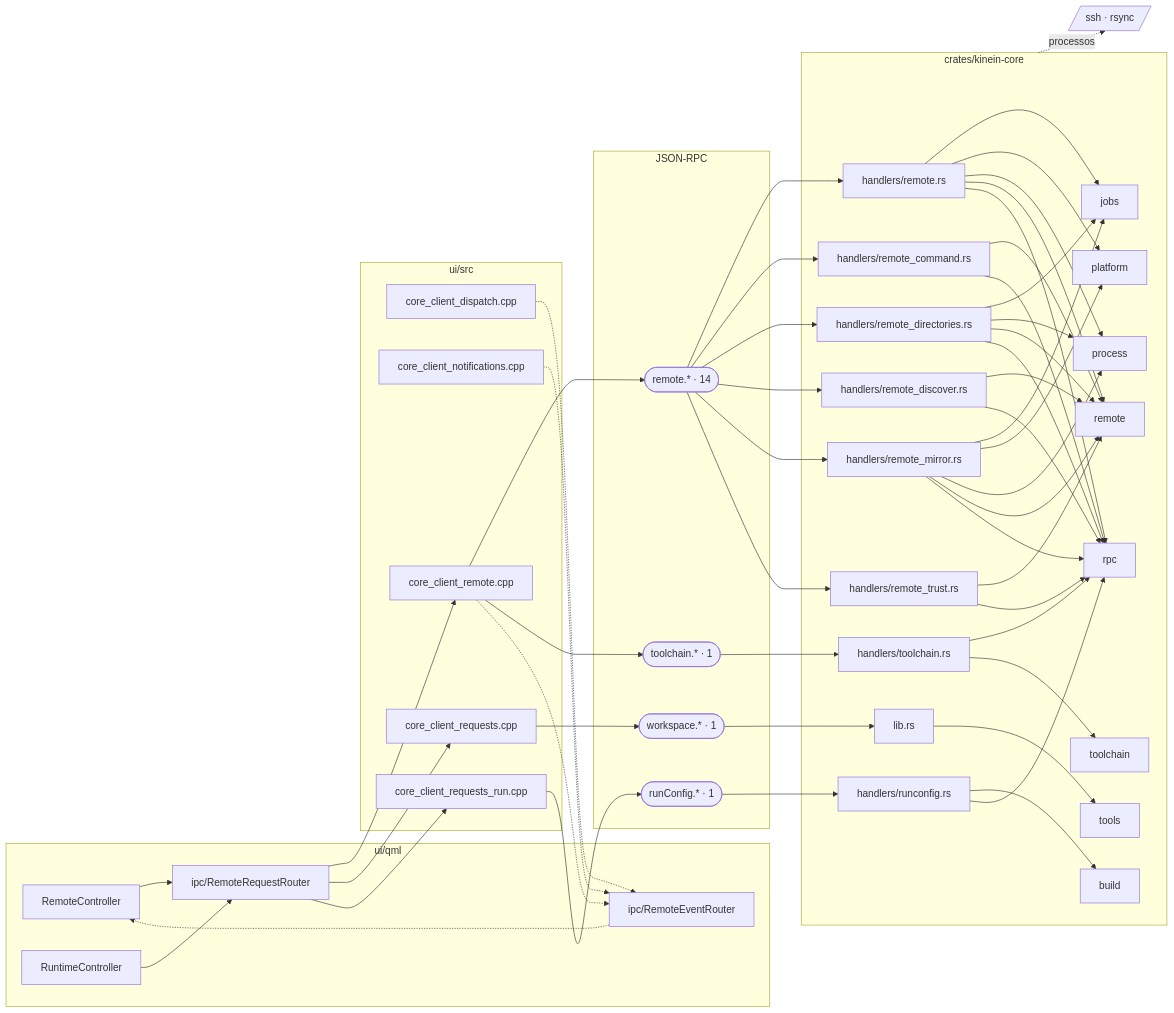
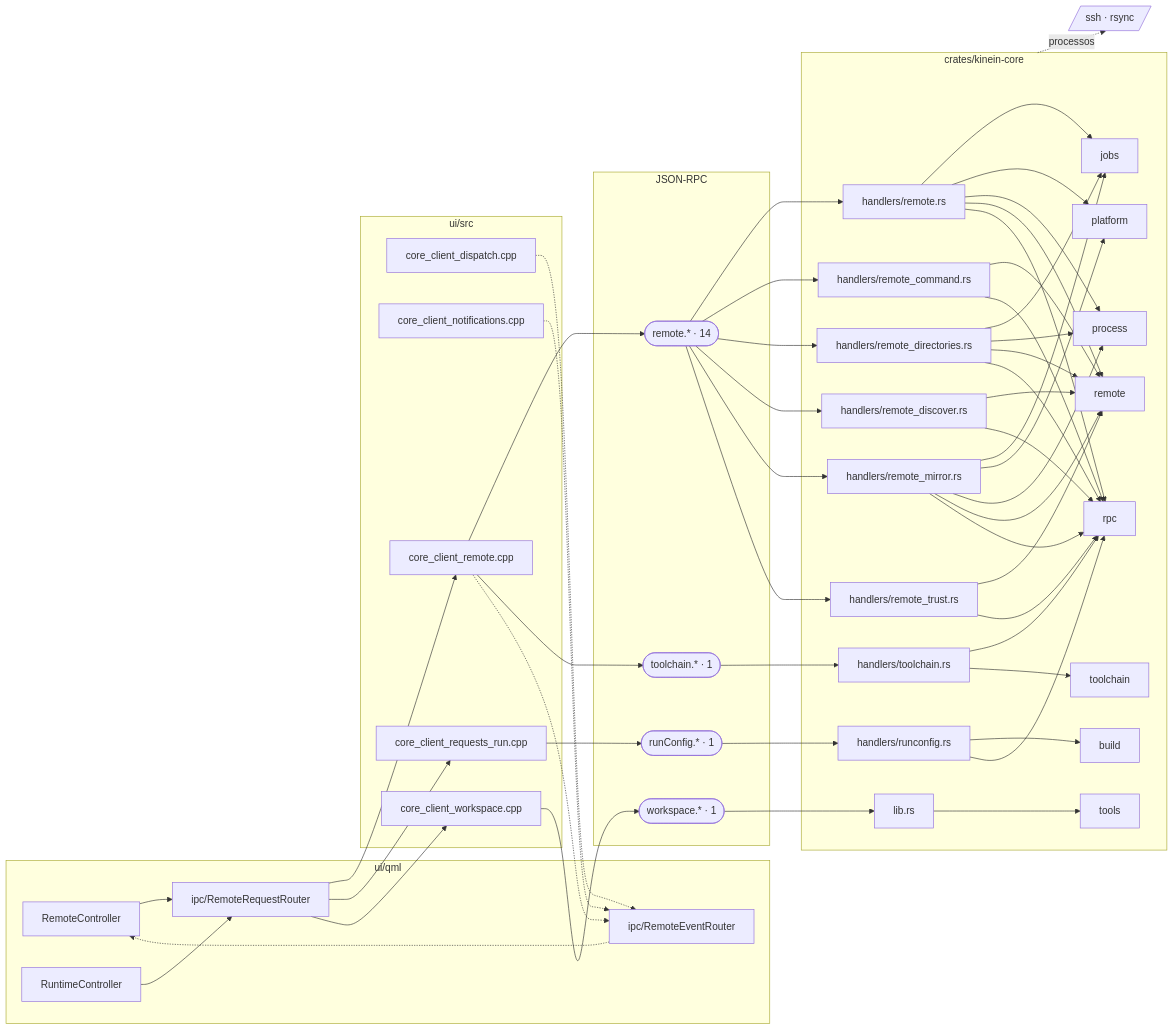
One commit to ViktorWalde/KineinVectis changed diagram 12 of 16 in DocsPublic/arquitetura/01-mapa-de-modulos.md. Above: the diagram before and after it, drawn with Mermaid. The commit also changed other lines of this file and 44 other files, not shown here.

```diff
--- a/DocsPublic/arquitetura/01-mapa-de-modulos.md
+++ b/DocsPublic/arquitetura/01-mapa-de-modulos.md
@@ -1172,8 +1181,8 @@
     n_ui_src_core_client_dispatch_cpp["core_client_dispatch.cpp"]
     n_ui_src_core_client_notifications_cpp["core_client_notifications.cpp"]
     n_ui_src_core_client_remote_cpp["core_client_remote.cpp"]
-    n_ui_src_core_client_requests_cpp["core_client_requests.cpp"]
     n_ui_src_core_client_requests_run_cpp["core_client_requests_run.cpp"]
+    n_ui_src_core_client_workspace_cpp["core_client_workspace.cpp"]
   end
   subgraph IPC["JSON-RPC"]
     n_ipc_remote(["remote.* · 14"])
@@ -1203,8 +1212,8 @@
   n_tools_remote[/"ssh · rsync"/]
   n_ui_qml_ipc_RemoteEventRouter_qml -.-> n_ui_qml_remote_RemoteController_qml
   n_ui_qml_ipc_RemoteRequestRouter_qml --> n_ui_src_core_client_remote_cpp
-  n_ui_qml_ipc_RemoteRequestRouter_qml --> n_ui_src_core_client_requests_cpp
   n_ui_qml_ipc_RemoteRequestRouter_qml --> n_ui_src_core_client_requests_run_cpp
+  n_ui_qml_ipc_RemoteRequestRouter_qml --> n_ui_src_core_client_workspace_cpp
   n_ui_qml_remote_RemoteController_qml --> n_ui_qml_ipc_RemoteRequestRouter_qml
   n_ui_qml_runtime_RuntimeController_qml --> n_ui_qml_ipc_RemoteRequestRouter_qml
   n_ui_src_core_client_dispatch_cpp -.-> n_ui_qml_ipc_RemoteEventRouter_qml
@@ -1212,8 +1221,8 @@
   n_ui_src_core_client_remote_cpp --> n_ipc_remote
   n_ui_src_core_client_remote_cpp --> n_ipc_toolchain
   n_ui_src_core_client_remote_cpp -.-> n_ui_qml_ipc_RemoteEventRouter_qml
-  n_ui_src_core_client_requests_cpp --> n_ipc_workspace
   n_ui_src_core_client_requests_run_cpp --> n_ipc_runConfig
+  n_ui_src_core_client_workspace_cpp --> n_ipc_workspace
   n_ipc_remote --> n_crates_kinein_core_src_handlers_remote_rs
   n_crates_kinein_core_src_handlers_remote_rs --> n_core_jobs
   n_crates_kinein_core_src_handlers_remote_rs --> n_core_platform
```
